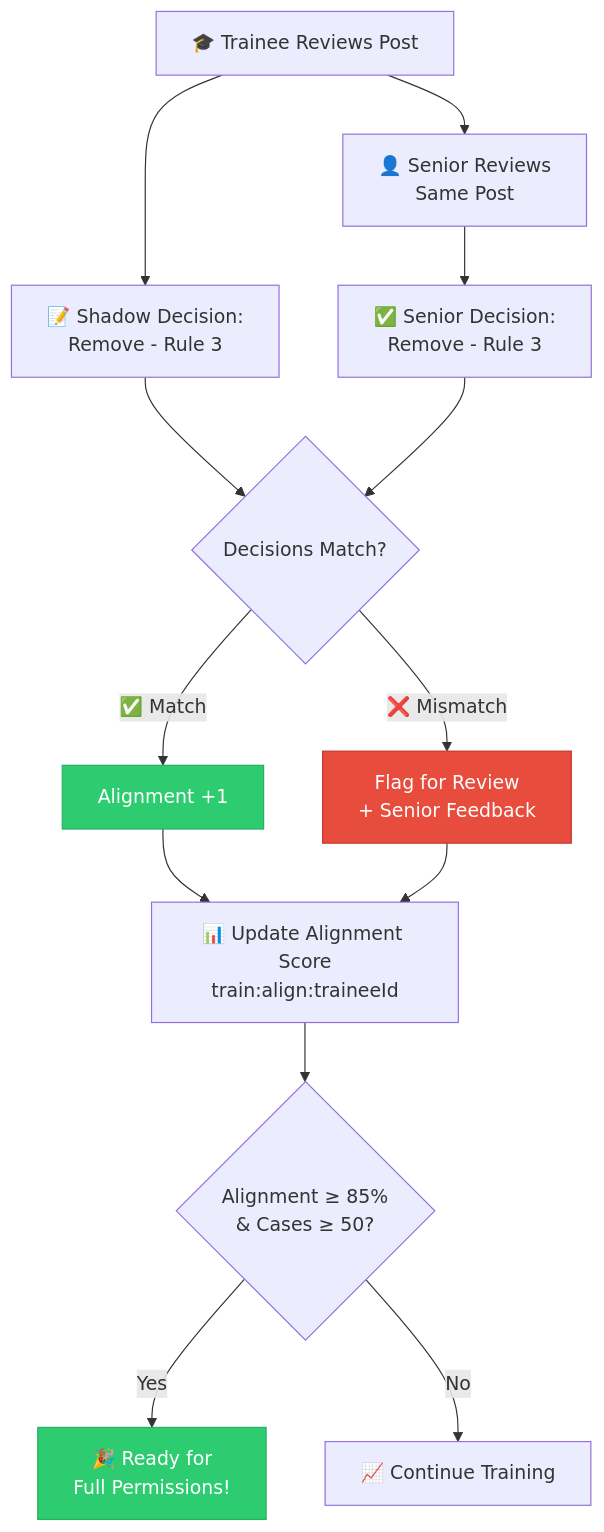
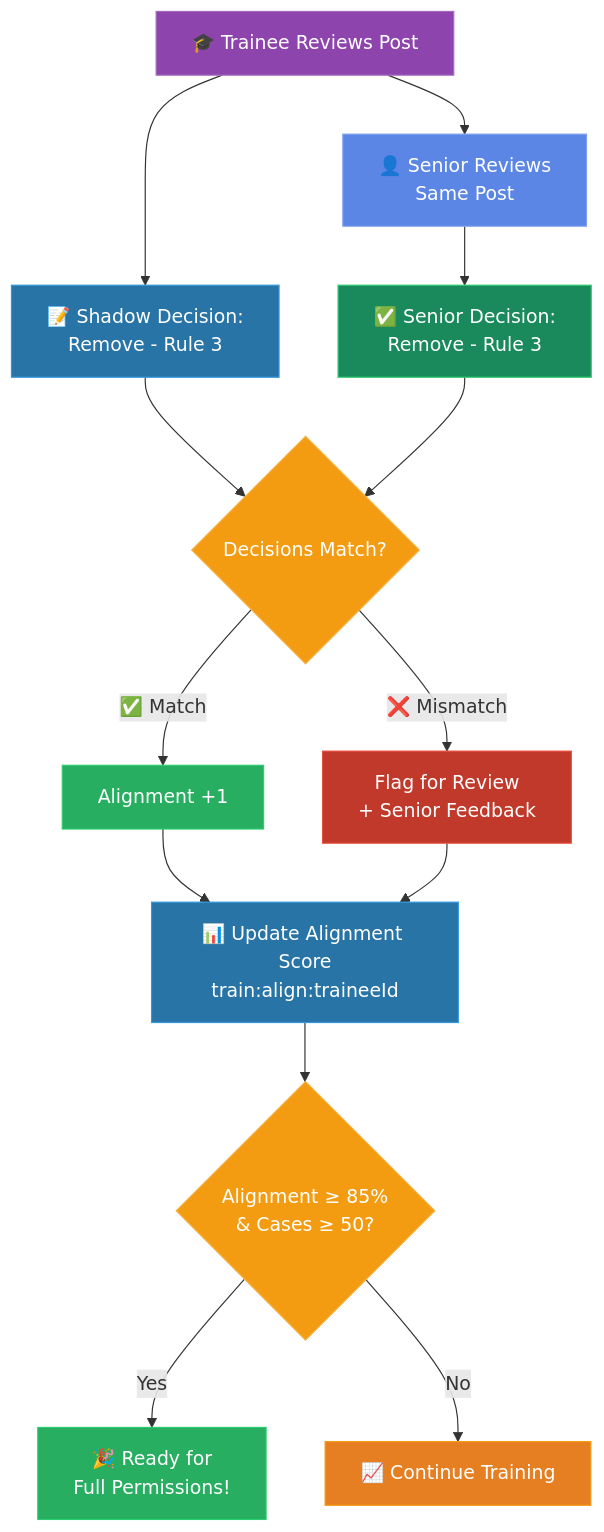
Before and after one commit to Anbu-00001/Context_hunting: the sixth of 10 diagrams in README.md, drawn with Mermaid. The commit also changed other lines of this file, not shown here.

Commit message:
fix: dark mode visibility — all Mermaid nodes now have explicit bright fills, light strokes, and white text

````diff
--- a/README.md
+++ b/README.md
@@ -145,19 +160,27 @@
 ```mermaid
 flowchart TD
     A["🎓 Trainee Reviews Post"] --> B["📝 Shadow Decision:\nRemove - Rule 3"]
     A --> C["👤 Senior Reviews\nSame Post"]
     C --> D["✅ Senior Decision:\nRemove - Rule 3"]
     B --> E{"Decisions Match?"}
     D --> E
     E -->|"✅ Match"| F["Alignment +1"]
     E -->|"❌ Mismatch"| G["Flag for Review\n+ Senior Feedback"]
     F --> H["📊 Update Alignment Score\ntrain:align:traineeId"]
     G --> H
     H --> I{"Alignment ≥ 85%\n& Cases ≥ 50?"}
     I -->|Yes| J["🎉 Ready for\nFull Permissions!"]
     I -->|No| K["📈 Continue Training"]
 
-    style J fill:#2ecc71,stroke:#27ae60,color:#fff
-    style G fill:#e74c3c,stroke:#c0392b,color:#fff
-    style F fill:#2ecc71,stroke:#27ae60,color:#fff
+    style A fill:#8e44ad,stroke:#a569bd,color:#fff
+    style B fill:#2874a6,stroke:#3498db,color:#fff
+    style C fill:#5b86e5,stroke:#7ea1ed,color:#fff
+    style D fill:#1a8a5c,stroke:#2ecc71,color:#fff
+    style E fill:#f39c12,stroke:#f5b041,color:#fff
+    style F fill:#27ae60,stroke:#2ecc71,color:#fff
+    style G fill:#c0392b,stroke:#e74c3c,color:#fff
+    style H fill:#2874a6,stroke:#3498db,color:#fff
+    style I fill:#f39c12,stroke:#f5b041,color:#fff
+    style J fill:#27ae60,stroke:#2ecc71,color:#fff
+    style K fill:#e67e22,stroke:#f39c12,color:#fff
 ```
````
